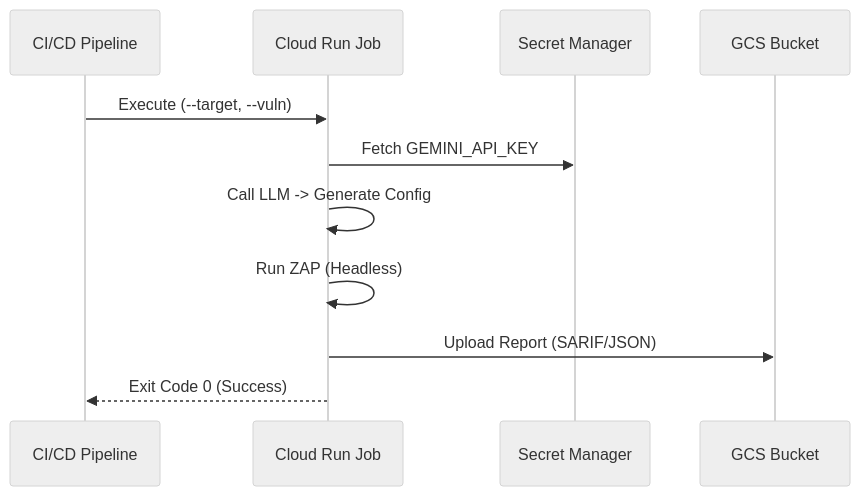
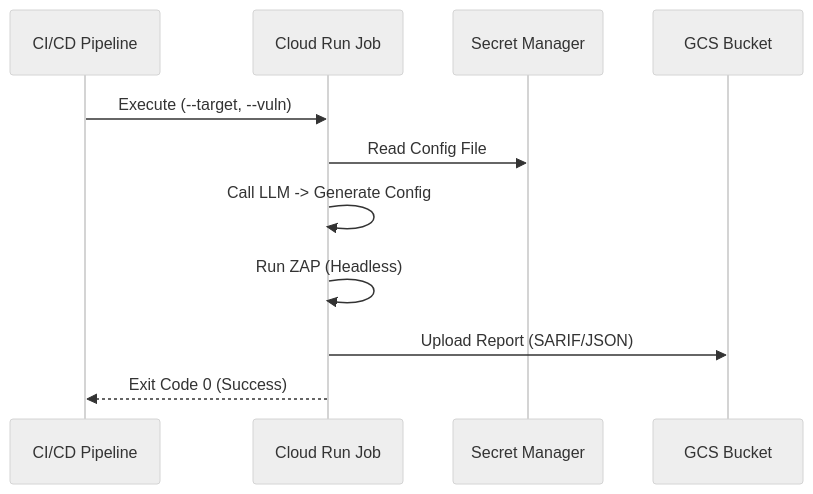
One commit to aksaha9/automated-cognitive-DAST changed the third of 3 diagrams in docs/ARCHITECTURE.md. Above: the diagram before and after it, drawn with Mermaid (neutral theme). The commit also changed 10 other files, not shown here.

Commit message:
feat: Enforce strict file-based configuration and remove GEMINI_API_KEY support

````diff
--- a/docs/ARCHITECTURE.md
+++ b/docs/ARCHITECTURE.md
@@ -97,14 +97,14 @@
 ```mermaid
 sequenceDiagram
     participant CI as CI/CD Pipeline
     participant Job as Cloud Run Job
     participant Secrets as Secret Manager
     participant GCS as GCS Bucket
 
     CI->>Job: Execute (--target, --vuln)
-    Job->>Secrets: Fetch GEMINI_API_KEY
+    Job->>Secrets: Read Config File
     Job->>Job: Call LLM -> Generate Config
     Job->>Job: Run ZAP (Headless)
     Job->>GCS: Upload Report (SARIF/JSON)
     Job-->>CI: Exit Code 0 (Success)
 ```
````
